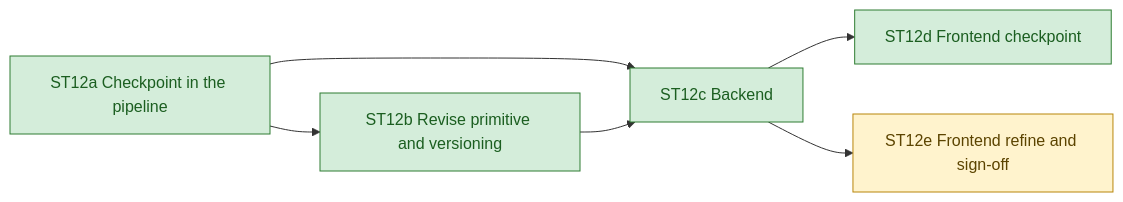
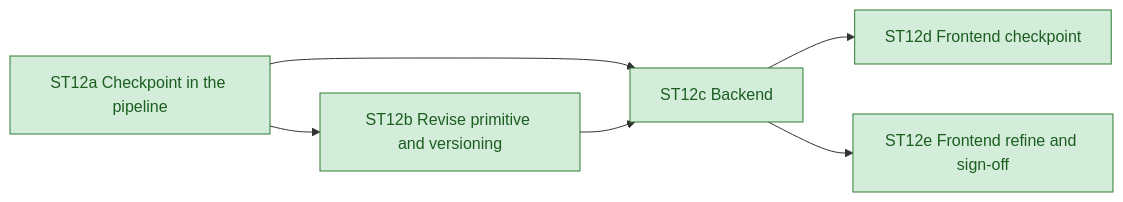
The diagram in docs/hitl/ROADMAP.md (lofeodo/rfp-solution-summary-generator), drawn with Mermaid before and after one commit. The commit also changed other lines of this file and 6 other files, not shown here.

Commit message:
ST12e: what was done, D49, README, USAGE, TIMELOG, index and graph marked done

````diff
--- a/docs/hitl/ROADMAP.md
+++ b/docs/hitl/ROADMAP.md
@@ -40,12 +40,11 @@
 ```mermaid
 flowchart LR
     A[ST12a Checkpoint in the pipeline] --> B[ST12b Revise primitive and versioning]
     A --> C[ST12c Backend]
     C --> D[ST12d Frontend checkpoint]
     B --> C
     C --> E[ST12e Frontend refine and sign-off]
     classDef done fill:#d4edda,stroke:#2e7d32,color:#1b5e20
     classDef ready fill:#fff3cd,stroke:#b8860b,color:#5c4400
-    class A,B,C,D done
-    class E ready
+    class A,B,C,D,E done
 ```
````
